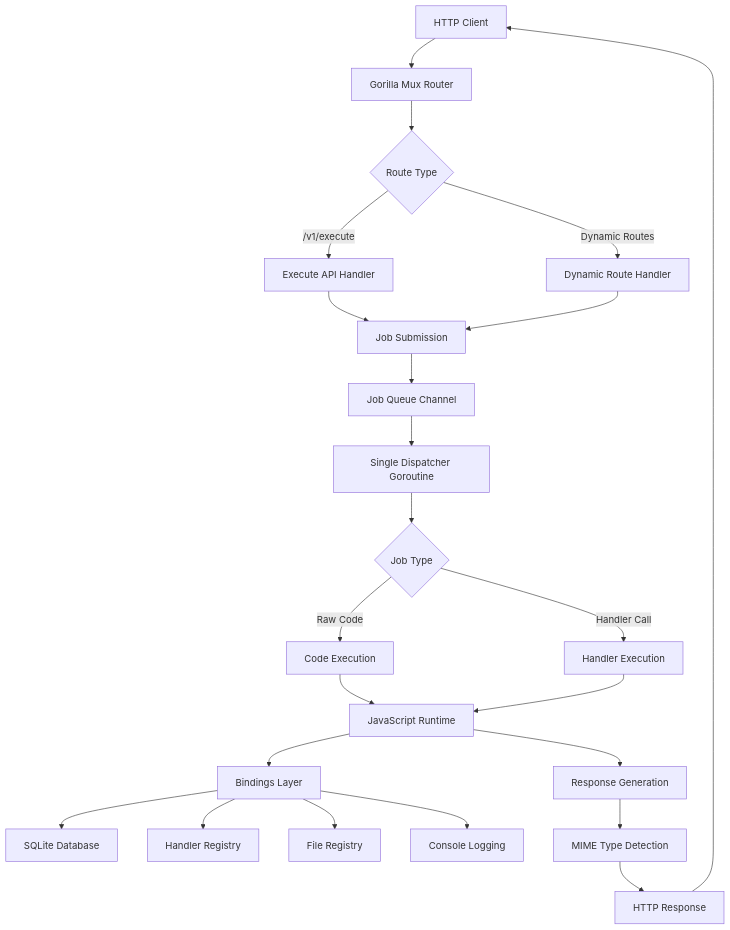
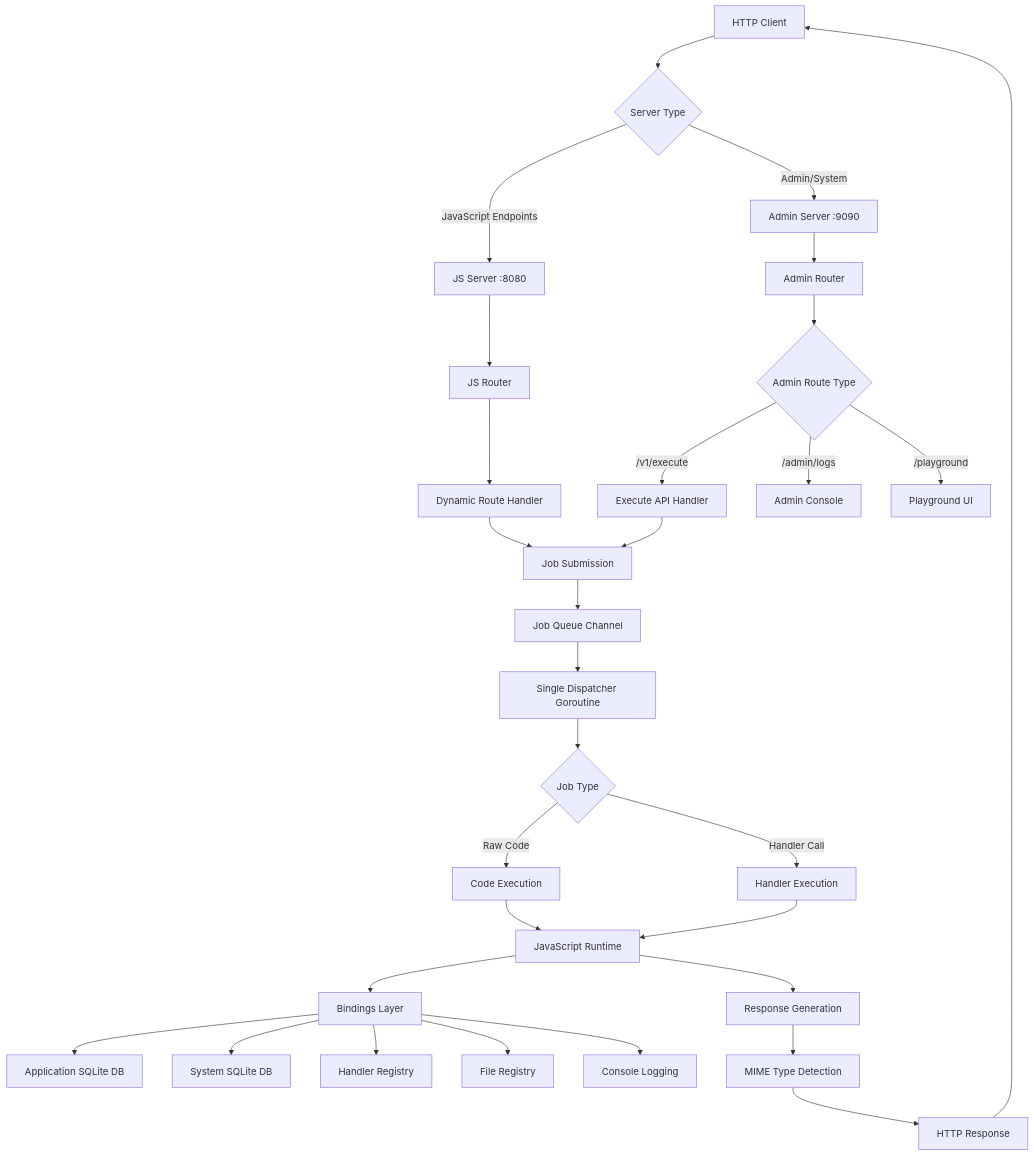
The diagram in cmd/experiments/js-web-server/pkg/doc/docs/server-architecture.md (go-go-golems/go-go-mcp), drawn with Mermaid before and after one commit. The commit also changed other lines of this file and 4 other files, not shown here.

First line of the commit message:
⚡ Implement dual-port architecture with separate JS and admin servers

````diff
--- a/cmd/experiments/js-web-server/pkg/doc/docs/server-architecture.md
+++ b/cmd/experiments/js-web-server/pkg/doc/docs/server-architecture.md
@@ -11,30 +15,39 @@
 ```mermaid
 graph TB
-    A[HTTP Client] --> B[Gorilla Mux Router]
-    B --> C{Route Type}
-    C -->|/v1/execute| D[Execute API Handler]
-    C -->|Dynamic Routes| E[Dynamic Route Handler]
+    A[HTTP Client] --> B{Server Type}
+    B -->|JavaScript Endpoints| C[JS Server :8080]
+    B -->|Admin/System| D[Admin Server :9090]
     
-    D --> F[Job Submission]
-    E --> F
-    F --> G[Job Queue Channel]
-    G --> H[Single Dispatcher Goroutine]
+    C --> E[JS Router]
+    D --> F[Admin Router]
     
-    H --> I{Job Type}
-    I -->|Raw Code| J[Code Execution]
-    I -->|Handler Call| K[Handler Execution]
+    E --> G[Dynamic Route Handler]
+    F --> H{Admin Route Type}
+    H -->|/v1/execute| I[Execute API Handler]
+    H -->|/admin/logs| J[Admin Console]
+    H -->|/playground| K[Playground UI]
     
-    J --> L[JavaScript Runtime]
-    K --> L
-    L --> M[Bindings Layer]
+    G --> L[Job Submission]
+    I --> L
+    L --> M[Job Queue Channel]
+    M --> N[Single Dispatcher Goroutine]
     
-    M --> N[SQLite Database]
-    M --> O[Handler Registry]
-    M --> P[File Registry]
-    M --> Q[Console Logging]
+    N --> O{Job Type}
+    O -->|Raw Code| P[Code Execution]
+    O -->|Handler Call| Q[Handler Execution]
     
-    L --> R[Response Generation]
-    R --> S[MIME Type Detection]
-    S --> T[HTTP Response]
-    T --> A
+    P --> R[JavaScript Runtime]
+    Q --> R
+    R --> S[Bindings Layer]
+    
+    S --> T[Application SQLite DB]
+    S --> U[System SQLite DB]
+    S --> V[Handler Registry]
+    S --> W[File Registry]
+    S --> X[Console Logging]
+    
+    R --> Y[Response Generation]
+    Y --> Z[MIME Type Detection]
+    Z --> AA[HTTP Response]
+    AA --> A
 ```
````
